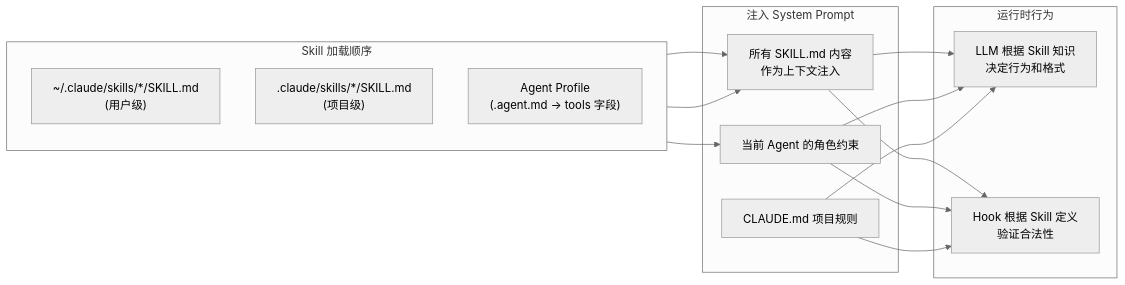
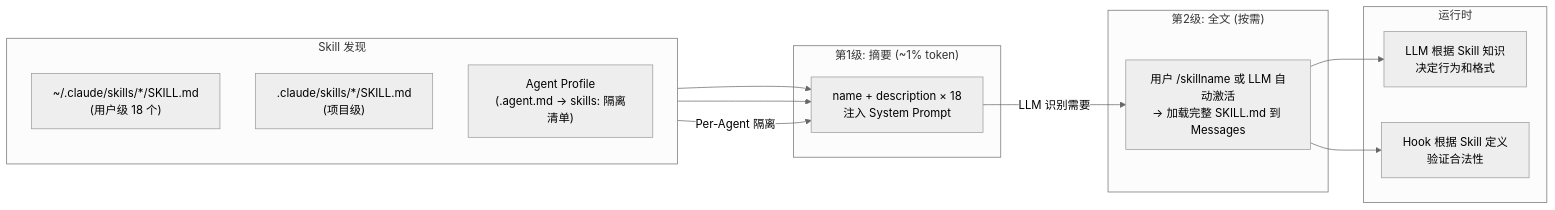
The fourth of 4 diagrams in docs/claude-code-flow.md (cintia09/multi-agent-framework), drawn with Mermaid (neutral theme) before and after one commit. The commit also changed other lines of this file and 3 other files, not shown here.

````diff
--- a/docs/claude-code-flow.md
+++ b/docs/claude-code-flow.md
@@ -227,25 +227,27 @@
 ```mermaid
 flowchart LR
-    subgraph Load["Skill 加载顺序"]
+    subgraph Load["Skill 发现"]
         direction TB
-        L1["~/.claude/skills/*/SKILL.md<br/>(用户级)"]
+        L1["~/.claude/skills/*/SKILL.md<br/>(用户级 18 个)"]
         L2[".claude/skills/*/SKILL.md<br/>(项目级)"]
-        L3["Agent Profile<br/>(.agent.md → tools 字段)"]
+        L3["Agent Profile<br/>(.agent.md → skills: 隔离清单)"]
     end
 
-    subgraph Inject["注入 System Prompt"]
-        I1["所有 SKILL.md 内容<br/>作为上下文注入"]
-        I2["当前 Agent 的角色约束"]
-        I3["CLAUDE.md 项目规则"]
+    subgraph Level1["第1级: 摘要 (~1% token)"]
+        I1["name + description × 18<br/>注入 System Prompt"]
     end
 
-    subgraph Runtime["运行时行为"]
+    subgraph Level2["第2级: 全文 (按需)"]
+        I4["用户 /skillname 或 LLM 自动激活<br/>→ 加载完整 SKILL.md 到 Messages"]
+    end
+
+    subgraph Runtime["运行时"]
         R1["LLM 根据 Skill 知识<br/>决定行为和格式"]
         R2["Hook 根据 Skill 定义<br/>验证合法性"]
     end
 
-    L1 --> I1
-    L2 --> I1
-    L3 --> I2
-    I1 & I2 & I3 --> R1 & R2
+    L1 & L2 --> I1
+    L3 -->|"Per-Agent 隔离"| I1
+    I1 -->|"LLM 识别需要"| I4
+    I4 --> R1 & R2
 ```
````
